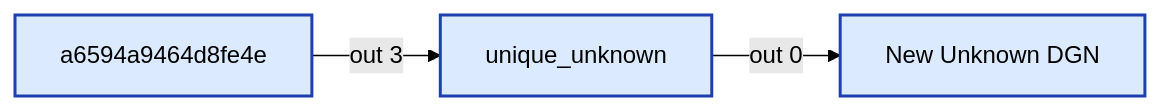
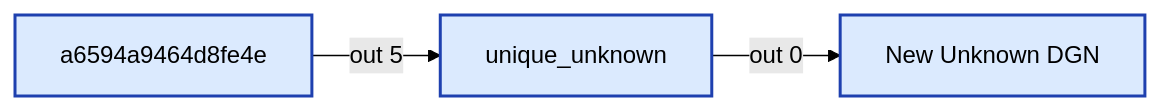
Before and after one commit to Backroads4Me/librecoach-node-red: diagram 31 of 31 in src/wiring/config.md, drawn with Mermaid (forest theme). The commit also changed other lines of this file, not shown here.

````diff
--- a/src/wiring/config.md
+++ b/src/wiring/config.md
@@ -1105,14 +1103,14 @@
 ```mermaid
 flowchart LR
   classDef fn fill:#dbeafe,stroke:#1e40af,stroke-width:2px
   classDef ui fill:#ede9fe,stroke:#5b21b6,stroke-width:2px
   classDef sub fill:#fef3c7,stroke:#92400e,stroke-width:2px
   classDef link fill:#dcfce7,stroke:#166534,stroke-width:1px,stroke-dasharray:3 3
   classDef config fill:#f3f4f6,stroke:#6b7280,stroke-width:1px,stroke-dasharray:2 2
   classDef disabled opacity:0.5,stroke-dasharray:4 4
   n_a6594a9464d8["a6594a9464d8fe4e"]:::fn
   n_c781b519a9f9["unique_unknown"]:::fn
   n_eea1641469ef["New Unknown DGN"]:::fn
-  n_a6594a9464d8 -->|out 3| n_c781b519a9f9
+  n_a6594a9464d8 -->|out 5| n_c781b519a9f9
   n_c781b519a9f9 -->|out 0| n_eea1641469ef
 ```
````
